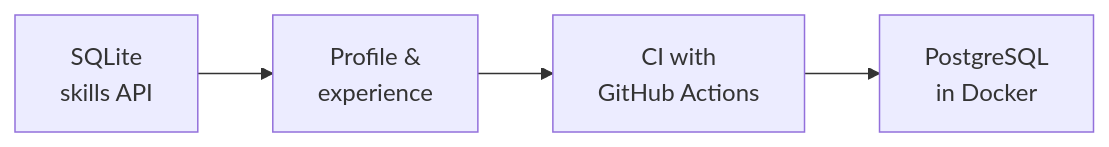
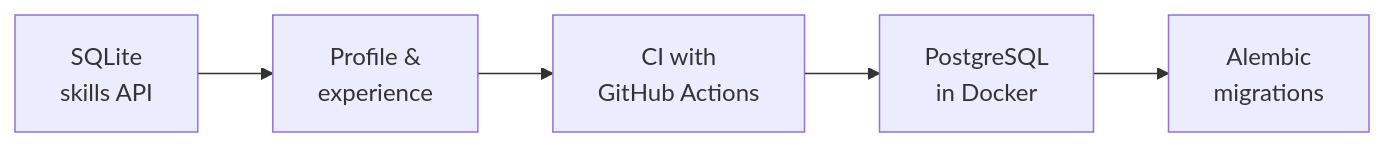
Before and after one commit to GioStack/career-copilot: the second of 2 diagrams in README.md, drawn with Mermaid. The commit also changed other lines of this file and 10 other files, not shown here.

First line of the commit message:
chore(db): manage the schema with Alembic migrations (#44)

````diff
--- a/README.md
+++ b/README.md
@@ -55,4 +56,4 @@
 ```mermaid
 flowchart LR
-    A["SQLite<br/>skills API"] --> B["Profile &<br/>experience"] --> C["CI with<br/>GitHub Actions"] --> D["PostgreSQL<br/>in Docker"]
+    A["SQLite<br/>skills API"] --> B["Profile &<br/>experience"] --> C["CI with<br/>GitHub Actions"] --> D["PostgreSQL<br/>in Docker"] --> E["Alembic<br/>migrations"]
 ```
````
